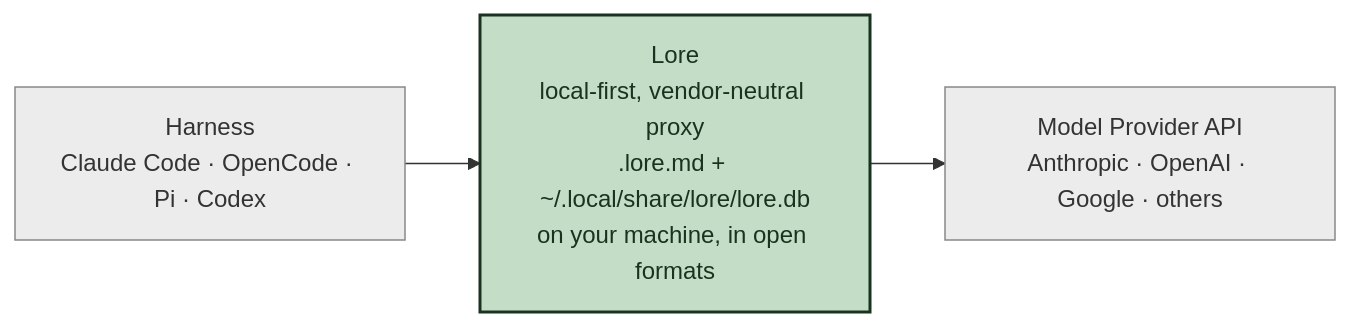
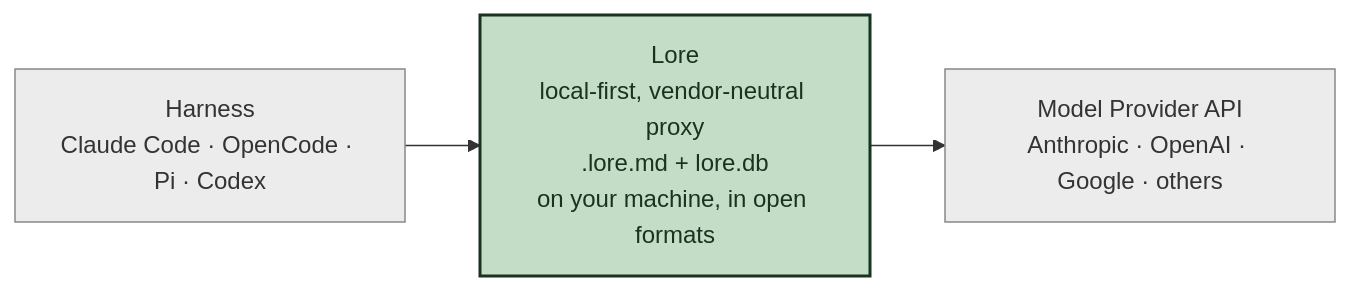
Before and after one commit to BYK/loreai: the diagram in packages/website/src/content/blog/the-embedding-trap.md, drawn with Mermaid.

Commit message:
docs(blog): shorten the SQLite path in the diagram so the lore box fits
The middle box was clipping the bottom line — 'in open formats' got
cut off because the longer path (~/.local/share/lore/lore.db) made
the box wider than tall, and Mermaid's default height for the
filled rectangle didn't grow to fit the 4th line. Shortened the
artifact label to '.lore.md + lore.db' which still conveys the two
local artifacts (the path is in the README and the prose). The
'on your machine, in open formats' line now fits.

````diff
--- a/packages/website/src/content/blog/the-embedding-trap.md
+++ b/packages/website/src/content/blog/the-embedding-trap.md
@@ -70,14 +70,14 @@
 ```mermaid
 flowchart LR
     H["Harness<br/>Claude Code · OpenCode · Pi · Codex"]
-    L["Lore<br/>local-first, vendor-neutral proxy<br/>.lore.md + ~/.local/share/lore/lore.db<br/>on your machine, in open formats"]
+    L["Lore<br/>local-first, vendor-neutral proxy<br/>.lore.md + lore.db<br/>on your machine, in open formats"]
     A["Model Provider API<br/>Anthropic · OpenAI · Google · others"]
 
     H --> L
     L --> A
 
     classDef lore fill:#c4ddc7,stroke:#1a3320,stroke-width:2px,color:#1a3320
     classDef ext fill:#ececec,stroke:#888,color:#333
     class L lore
     class H,A ext
 ```
````
